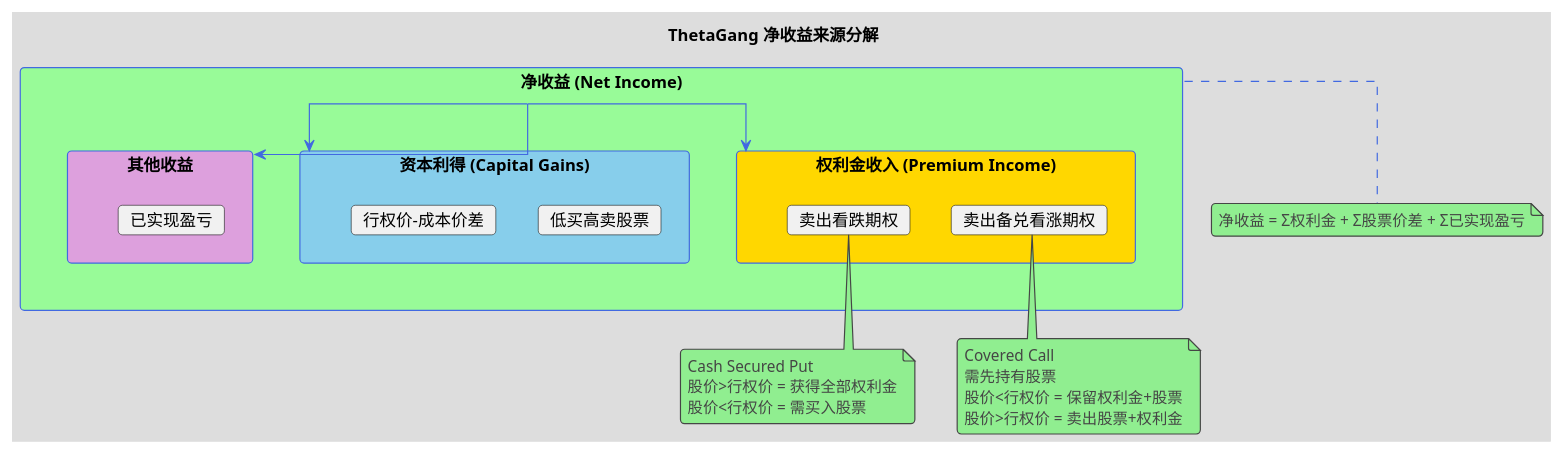
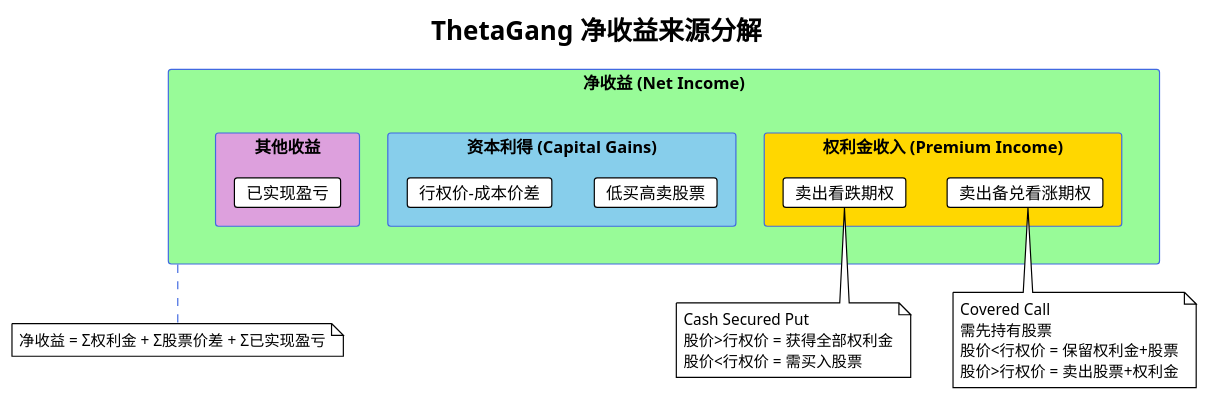
The diagram in docs/income_sources.puml (yuanju/thetagang), drawn with PlantUML before and after one commit. The commit also changed 30 other files, not shown here.

```diff
--- a/docs/income_sources.puml
+++ b/docs/income_sources.puml
@@ -1,54 +1,52 @@
 @startuml ThetaGang Income Sources
-!theme toy
+!theme plain
 skinparam linetype ortho
 
 title ThetaGang 净收益来源分解
 
 skinparam rectangle {
   BackgroundColor #F0F8FF
   BorderColor #4169E1
 }
 
 skinparam arrow {
   Color #4169E1
 }
 
 rectangle "净收益 (Net Income)" as NI #98FB98 {
 
   rectangle "权利金收入 (Premium Income)" as PI #FFD700 {
     card "卖出看跌期权" as CSP
     card "卖出备兑看涨期权" as CC
   }
 
   rectangle "资本利得 (Capital Gains)" as CG #87CEEB {
     card "低买高卖股票" as STOCK
     card "行权价-成本价差" as DIFF
   }
 
   rectangle "其他收益" as OI #DDA0DD {
     card "已实现盈亏" as RP
   }
 }
 
-NI --> PI
-NI --> CG
-NI --> OI
+
 
 note bottom of NI
   净收益 = Σ权利金 + Σ股票价差 + Σ已实现盈亏
 end note
 
 note bottom of CSP
   Cash Secured Put
   股价>行权价 = 获得全部权利金
   股价<行权价 = 需买入股票
 end note
 
 note bottom of CC
   Covered Call
   需先持有股票
   股价<行权价 = 保留权利金+股票
   股价>行权价 = 卖出股票+权利金
 end note
 
 @enduml
```
